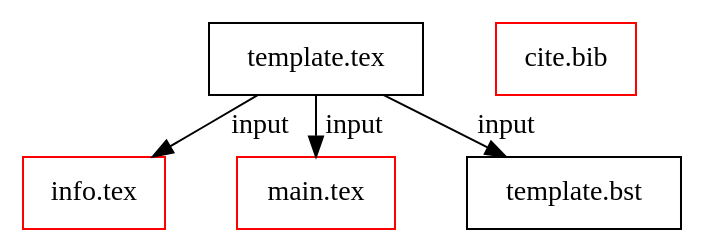
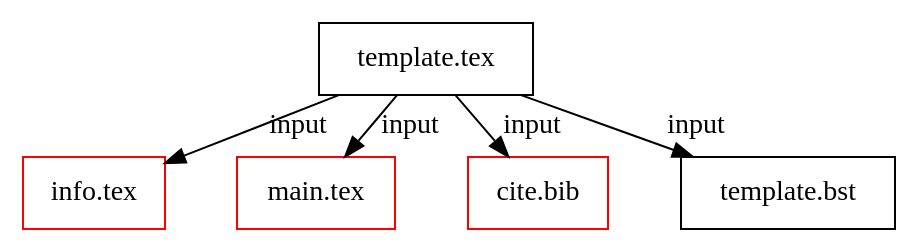
The diagram in texTemplate.org (bwtian/texTemplate), drawn with Graphviz before and after one commit. The commit also changed other lines of this file and 2 other files, not shown here.

Commit message:
- ‘.#texTemplate.org’ / ‘texTemplate.org’ / ‘texTemplate.svg’

```diff
--- a/texTemplate.org
+++ b/texTemplate.org
@@ -4,21 +4,21 @@
 #+BEGIN_SRC dot :file ./texTemplate.svg 
 digraph { 
 fontname="Times"; 
 fontsize = 12; 
 splines = false; 
 ranksep = 0.2; 
 nodesep = 0.5; 
 node [shape = box] 
 //1. set node 
 temp [label = "template.tex"]
 info [label = "info.tex", color = red]
 main [label = "main.tex", color = red]
 bib [label = "cite.bib", color = red]
 bst [label = "template.bst"]
 //2. set path 
-temp -> {info,main, bst} [label = input]
+temp -> {info,main, bib, bst} [label = input]
 
 //3. set rank 
 
 }
 #+END_SRC
```
